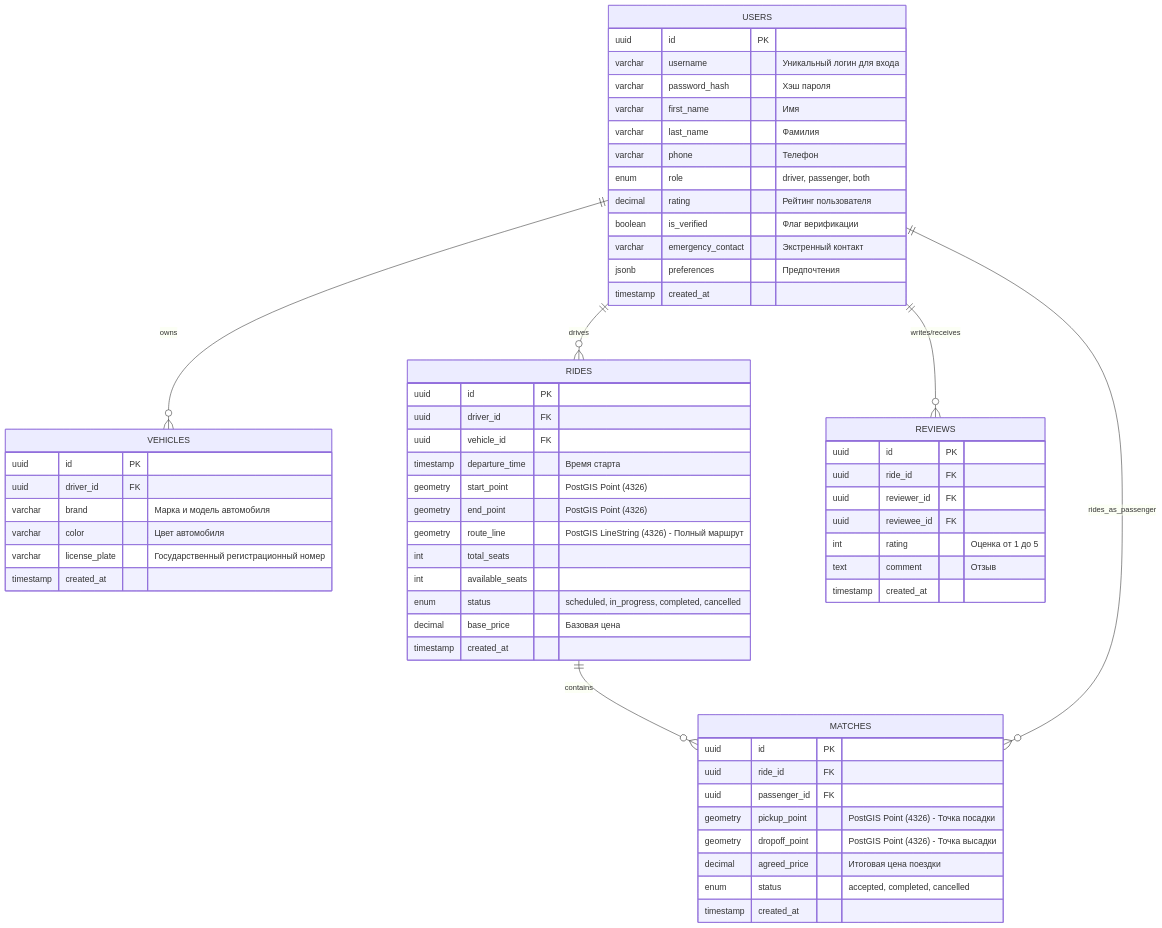
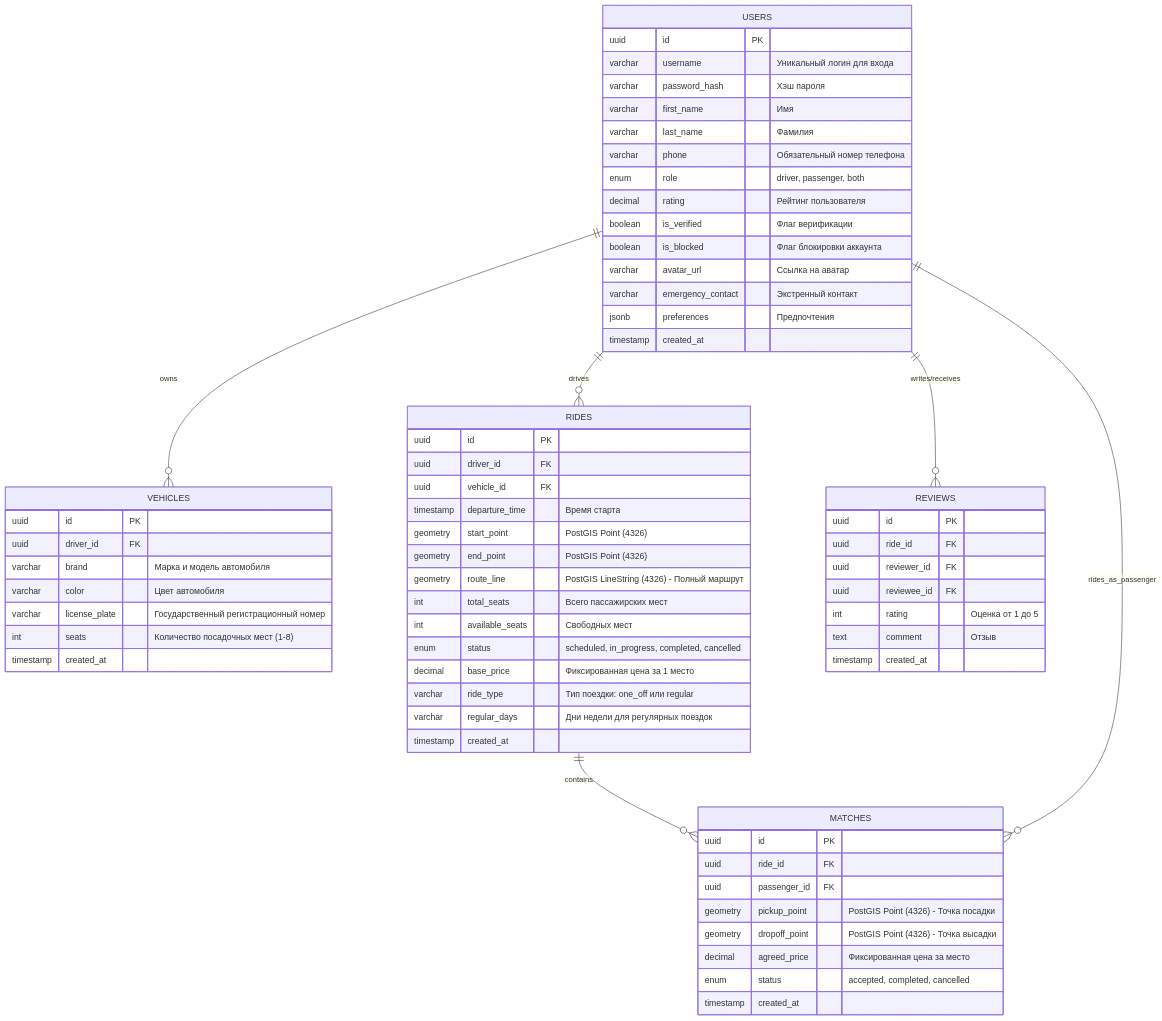
The diagram in backend/README.md (MusorDrop/taksi), drawn with Mermaid before and after one commit. The commit also changed other lines of this file and 5 other files, not shown here.

````diff
--- a/backend/README.md
+++ b/backend/README.md
@@ -192,68 +195,73 @@
 ```mermaid
 erDiagram
     USERS ||--o{ VEHICLES : owns
     USERS ||--o{ RIDES : "drives"
     USERS ||--o{ REVIEWS : "writes/receives"
     RIDES ||--o{ MATCHES : "contains"
     USERS ||--o{ MATCHES : "rides_as_passenger"
 
     USERS {
         uuid id PK
         varchar username "Уникальный логин для входа"
         varchar password_hash "Хэш пароля"
         varchar first_name "Имя"
         varchar last_name "Фамилия"
-        varchar phone "Телефон"
+        varchar phone "Обязательный номер телефона"
         enum role "driver, passenger, both"
         decimal rating "Рейтинг пользователя"
         boolean is_verified "Флаг верификации"
+        boolean is_blocked "Флаг блокировки аккаунта"
+        varchar avatar_url "Ссылка на аватар"
         varchar emergency_contact "Экстренный контакт"
         jsonb preferences "Предпочтения"
         timestamp created_at
     }
 
     VEHICLES {
         uuid id PK
         uuid driver_id FK
         varchar brand "Марка и модель автомобиля"
         varchar color "Цвет автомобиля"
         varchar license_plate "Государственный регистрационный номер"
+        int seats "Количество посадочных мест (1-8)"
         timestamp created_at
     }
 
     RIDES {
         uuid id PK
         uuid driver_id FK
         uuid vehicle_id FK
         timestamp departure_time "Время старта"
         geometry start_point "PostGIS Point (4326)"
         geometry end_point "PostGIS Point (4326)"
         geometry route_line "PostGIS LineString (4326) - Полный маршрут"
-        int total_seats
-        int available_seats
+        int total_seats "Всего пассажирских мест"
+        int available_seats "Свободных мест"
         enum status "scheduled, in_progress, completed, cancelled"
-        decimal base_price "Базовая цена"
+        decimal base_price "Фиксированная цена за 1 место"
+        varchar ride_type "Тип поездки: one_off или regular"
+        varchar regular_days "Дни недели для регулярных поездок"
         timestamp created_at
     }
 
     MATCHES {
         uuid id PK
         uuid ride_id FK
         uuid passenger_id FK
         geometry pickup_point "PostGIS Point (4326) - Точка посадки"
         geometry dropoff_point "PostGIS Point (4326) - Точка высадки"
-        decimal agreed_price "Итоговая цена поездки"
+        decimal agreed_price "Фиксированная цена за место"
         enum status "accepted, completed, cancelled"
         timestamp created_at
     }
 
     REVIEWS {
         uuid id PK
         uuid ride_id FK
         uuid reviewer_id FK
         uuid reviewee_id FK
         int rating "Оценка от 1 до 5"
         text comment "Отзыв"
         timestamp created_at
     }
 ```
````
